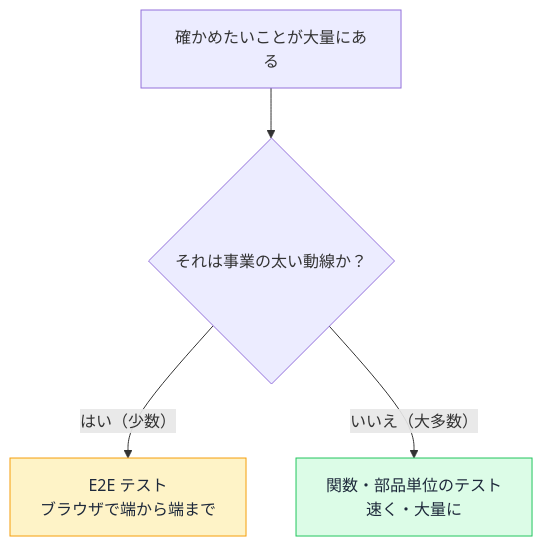
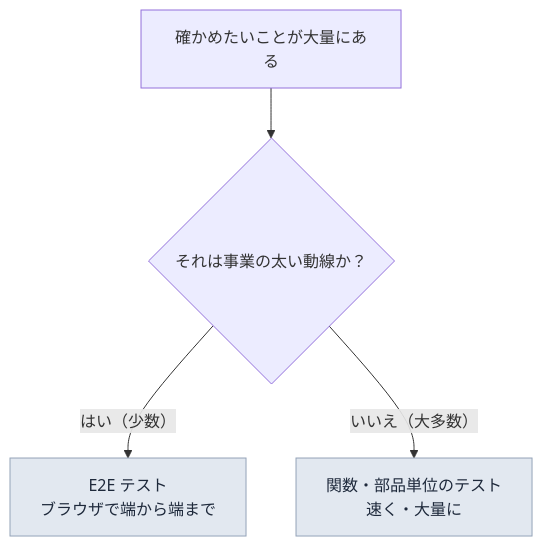
The diagram in docs/drafts/046/index.md (ozaki25/web-front-training-ozaki25), drawn with Mermaid before and after one commit. The commit also changed other lines of this file, not shown here.

Commit message:
046: まとめの記号=と2文を修正、決定フロー図を中立色に（色非依存）

````diff
--- a/docs/drafts/046/index.md
+++ b/docs/drafts/046/index.md
@@ -72,8 +72,8 @@
 ```mermaid
 flowchart TD
   A["確かめたいことが大量にある"] --> B{"それは事業の太い動線か？"}
   B -- "はい（少数）" --> C["E2E テスト<br>ブラウザで端から端まで"]
   B -- "いいえ（大多数）" --> D["関数・部品単位のテスト<br>速く・大量に"]
-  style C fill:#fef3c7,color:#1e293b,stroke:#f59e0b
-  style D fill:#dcfce7,color:#1e293b,stroke:#22c55e
+  style C fill:#e2e8f0,color:#1e293b,stroke:#94a3b8
+  style D fill:#e2e8f0,color:#1e293b,stroke:#94a3b8
 ```
````
